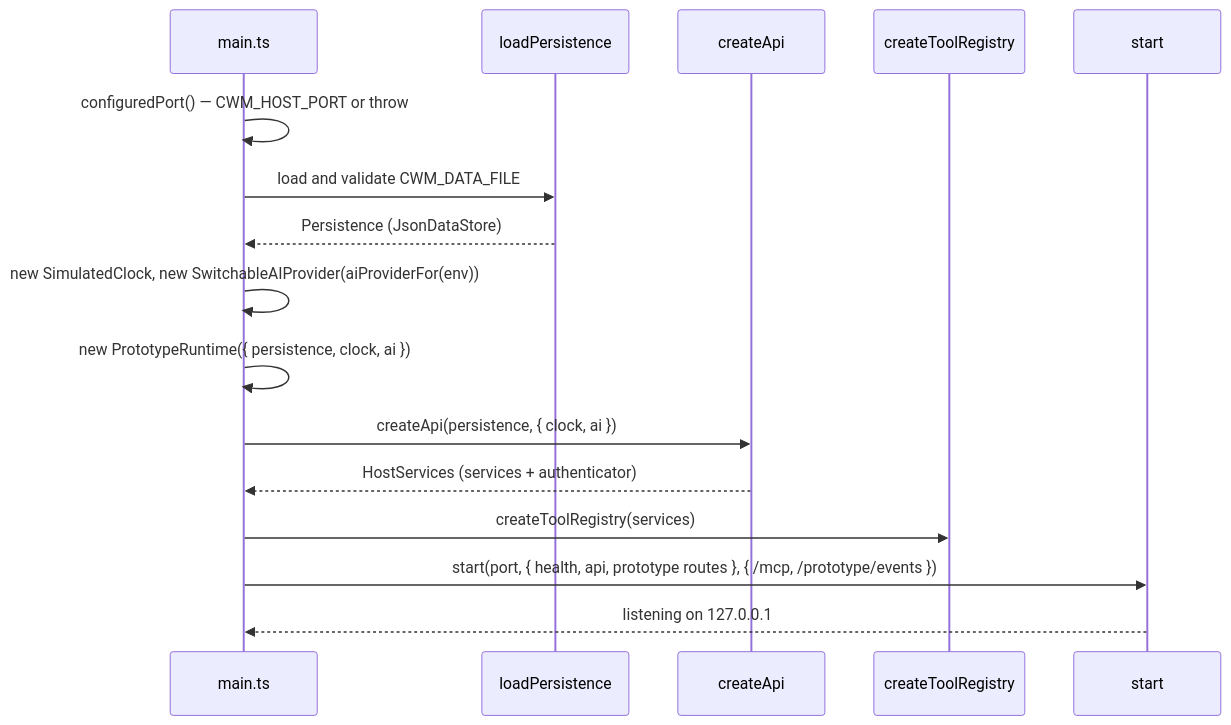
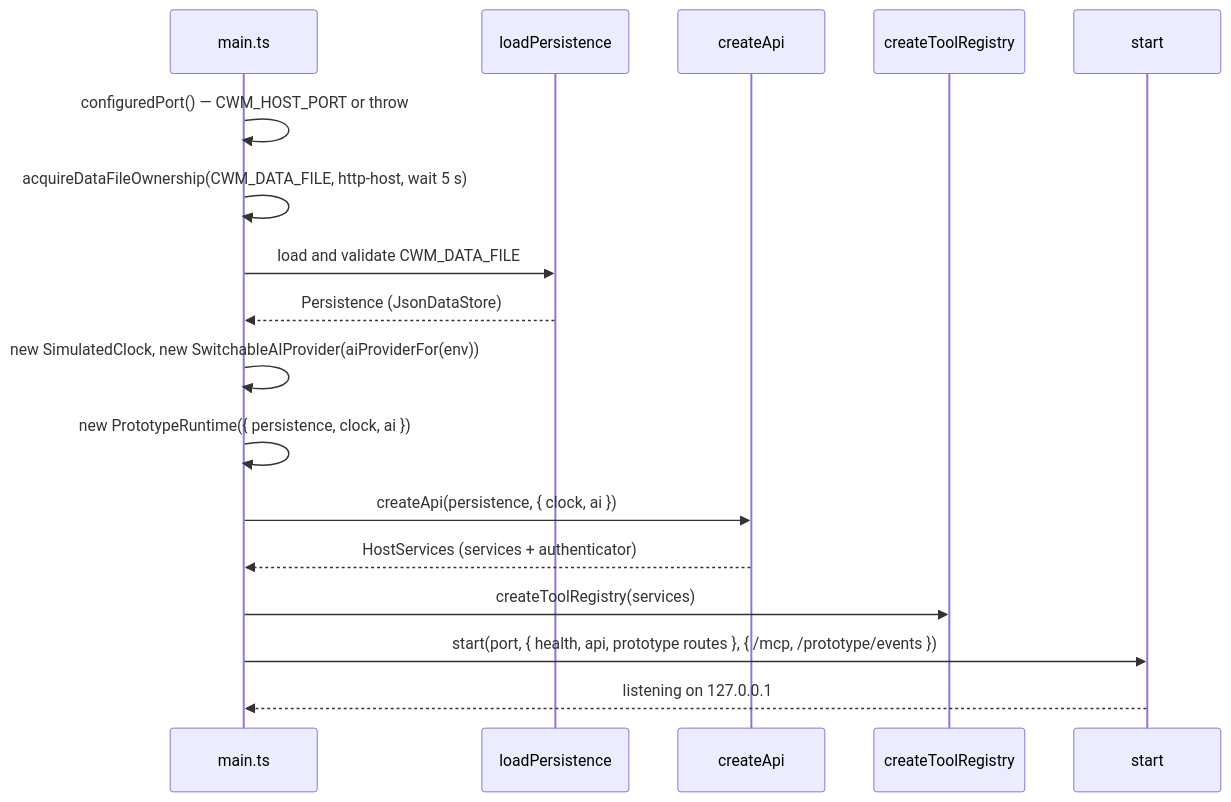
Before and after one commit to CalciteDragon/Canvas-work-manager-prototype: the third of 3 diagrams in docs/architecture/prototype-host/what.md, drawn with Mermaid. The commit also changed other lines of this file and 22 other files, not shown here.

Commit message:
docs(slice-54): one writer per data file — decision, amendments, architecture, guide (§§14, 59, 62, 78)

````diff
--- a/docs/architecture/prototype-host/what.md
+++ b/docs/architecture/prototype-host/what.md
@@ -58,18 +58,19 @@
 ```mermaid
 sequenceDiagram
   participant M as main.ts
   participant P as loadPersistence
   participant A as createApi
   participant R as createToolRegistry
   participant S as start
   M->>M: configuredPort() — CWM_HOST_PORT or throw
+  M->>M: acquireDataFileOwnership(CWM_DATA_FILE, http-host, wait 5 s)
   M->>P: load and validate CWM_DATA_FILE
   P-->>M: Persistence (JsonDataStore)
   M->>M: new SimulatedClock, new SwitchableAIProvider(aiProviderFor(env))
   M->>M: new PrototypeRuntime({ persistence, clock, ai })
   M->>A: createApi(persistence, { clock, ai })
   A-->>M: HostServices (services + authenticator)
   M->>R: createToolRegistry(services)
   M->>S: start(port, { health, api, prototype routes }, { /mcp, /prototype/events })
   S-->>M: listening on 127.0.0.1
 ```
````
